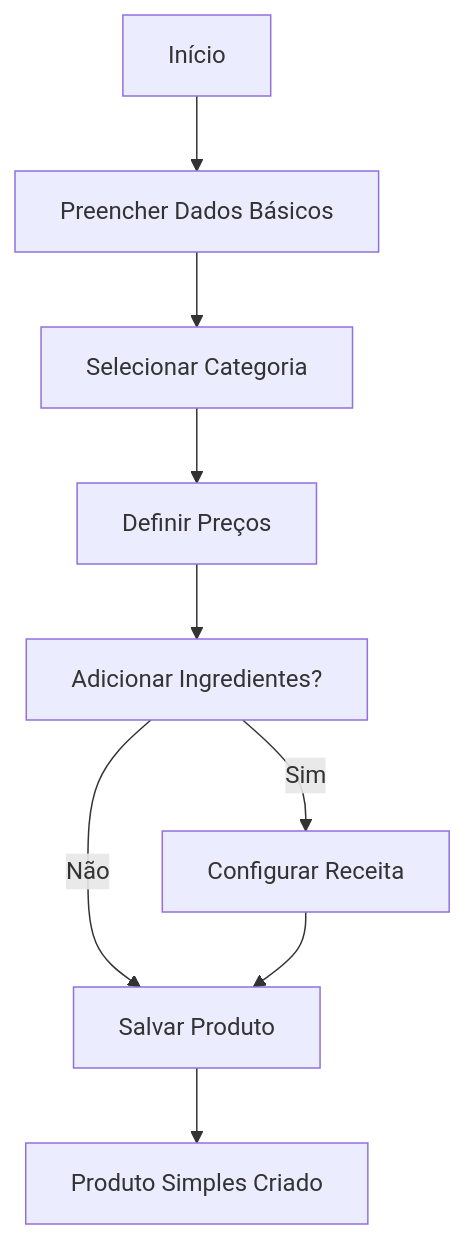
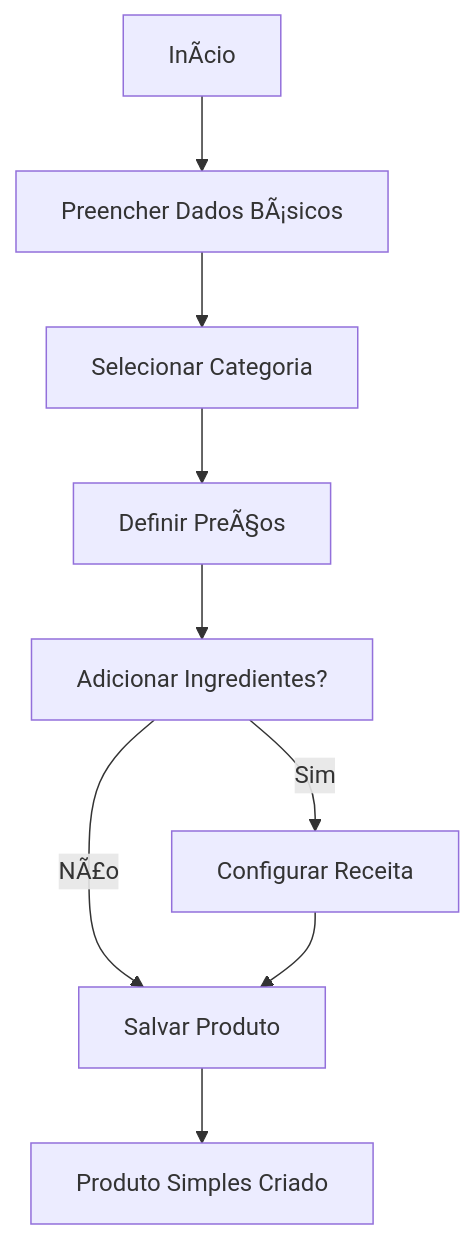
The first of 5 diagrams in GesN.Web/Context/DOMAIN CONTEXTS/README.md (igor-spalenza/GesN), drawn with Mermaid before and after one commit. The commit also changed other lines of this file and 93 other files, not shown here.

````diff
--- a/GesN.Web/Context/DOMAIN CONTEXTS/README.md
+++ b/GesN.Web/Context/DOMAIN CONTEXTS/README.md
@@ -389,11 +389,11 @@
 ```mermaid
 graph TD
-    A[Início] --> B[Preencher Dados Básicos]
+    A[InÃ­cio] --> B[Preencher Dados BÃ¡sicos]
     B --> C[Selecionar Categoria]
-    C --> D[Definir Preços]
+    C --> D[Definir PreÃ§os]
     D --> E[Adicionar Ingredientes?]
     E -->|Sim| F[Configurar Receita]
-    E -->|Não| G[Salvar Produto]
+    E -->|NÃ£o| G[Salvar Produto]
     F --> G
     G --> H[Produto Simples Criado]
 ```
````
